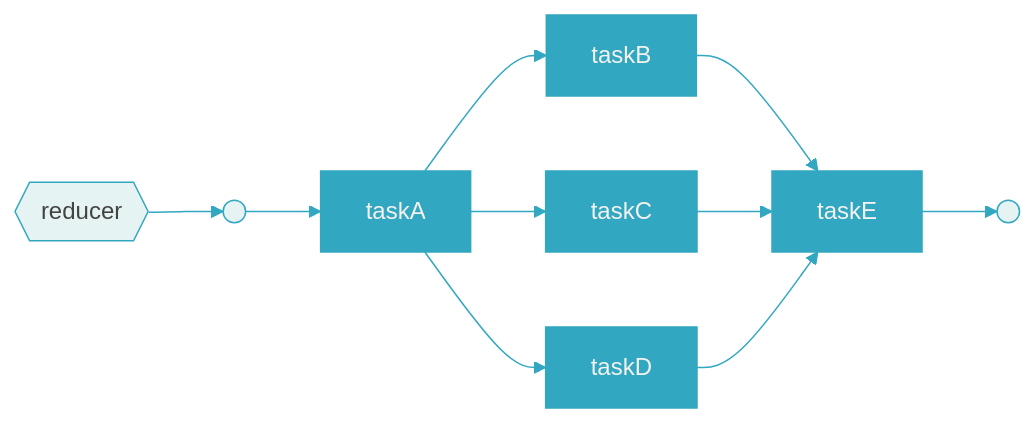
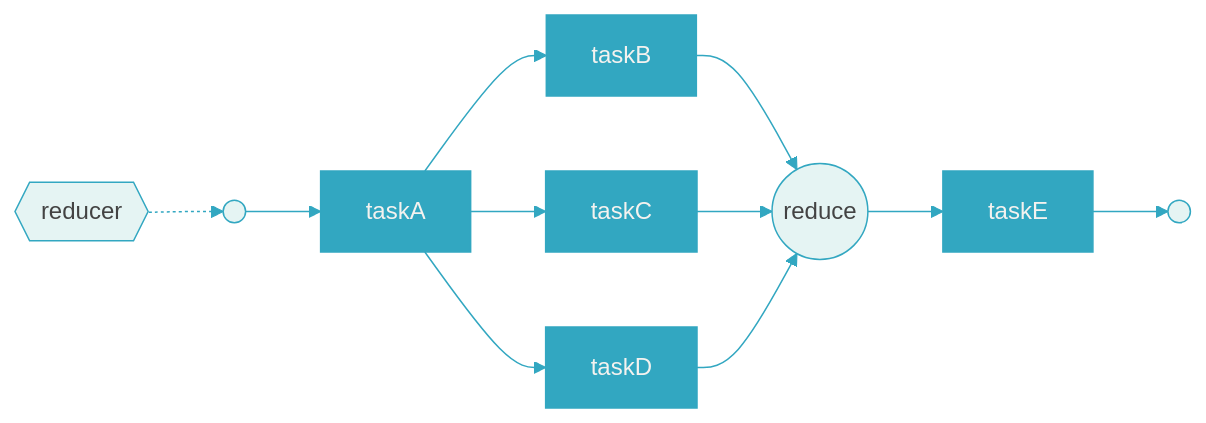
The diagram in verify/reducerflow/REDUCER.mmd (bhardwajRahul/fabric), drawn with Mermaid before and after one commit. The commit also changed 377 other files, not shown here.

```diff
--- a/verify/reducerflow/REDUCER.mmd
+++ b/verify/reducerflow/REDUCER.mmd
@@ -1,20 +1,22 @@
-%%{init: {'themeVariables': {'lineColor': '#32a7c1', 'edgeLabelBackground': '#e5f4f3', 'textColor': '#434343', 'titleColor': '#32a7c1', 'clusterTextColor': '#32a7c1'}}}%%
 graph LR
     classDef task fill:#32a7c1,color:#f4f2ef,stroke:#32a7c1
-    classDef sub fill:#ed2e92,color:#f4f2ef,stroke:#ed2e92
     classDef term fill:#e5f4f3,color:#434343,stroke:#32a7c1
+    classDef note fill:none,stroke:none,color:#32a7c1,font-size:0.8em
+    linkStyle default stroke:#32a7c1
 
-    _title{{"reducer"}}:::term --> _start
-    _start(( )):::term --> t0
+    _title{{"reducer"}}:::term -.-> _start
     t0["taskA"]:::task
     t1["taskB"]:::task
     t2["taskC"]:::task
     t3["taskD"]:::task
     t4["taskE"]:::task
+    t4_reduce(("reduce")):::term
+    t4_reduce --> t4
     t0 --> t1
     t0 --> t2
     t0 --> t3
-    t1 --> t4
-    t2 --> t4
-    t3 --> t4
+    t1 --> t4_reduce
+    t2 --> t4_reduce
+    t3 --> t4_reduce
+    _start(( )):::term --> t0
     t4 --> _end(( )):::term
```
